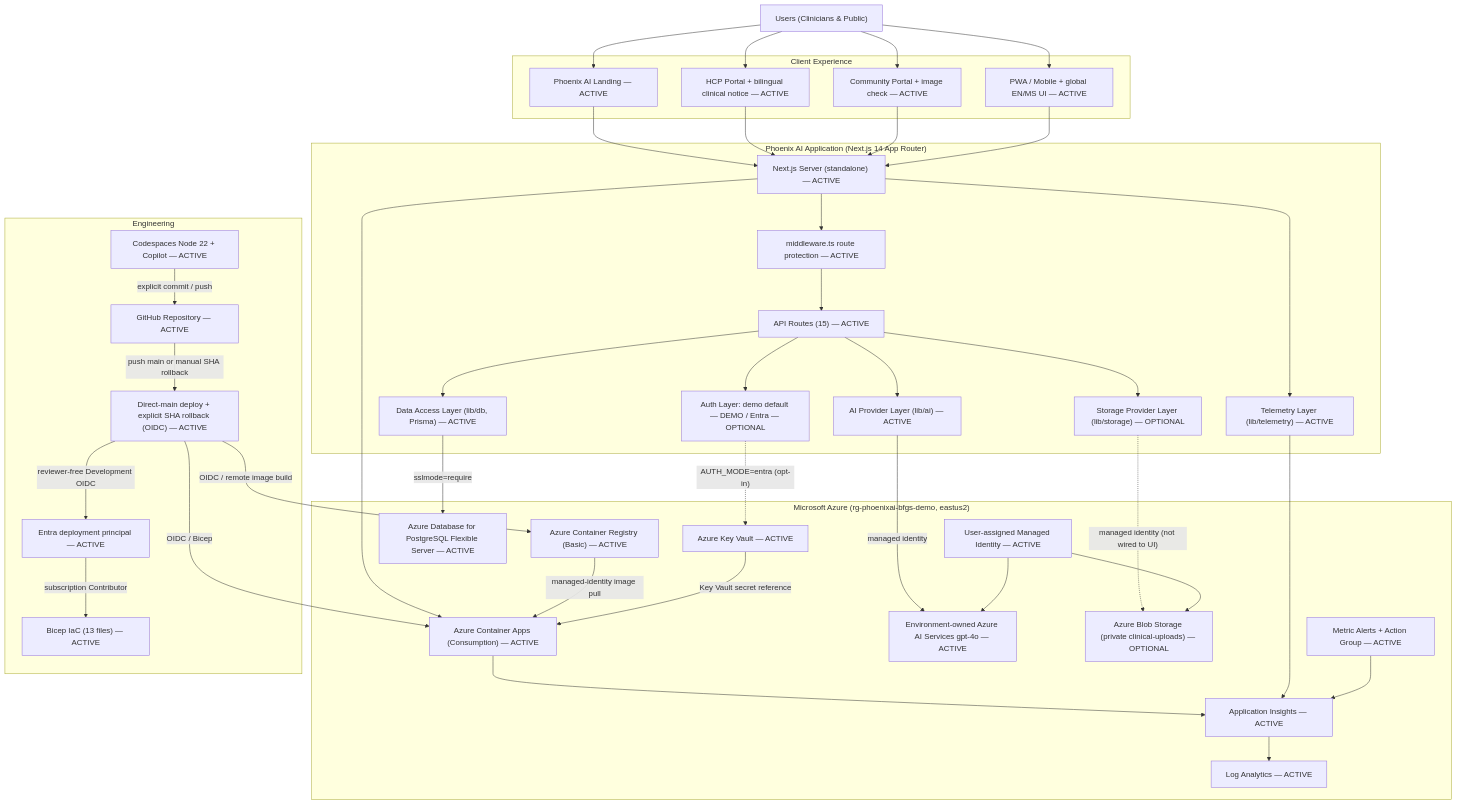
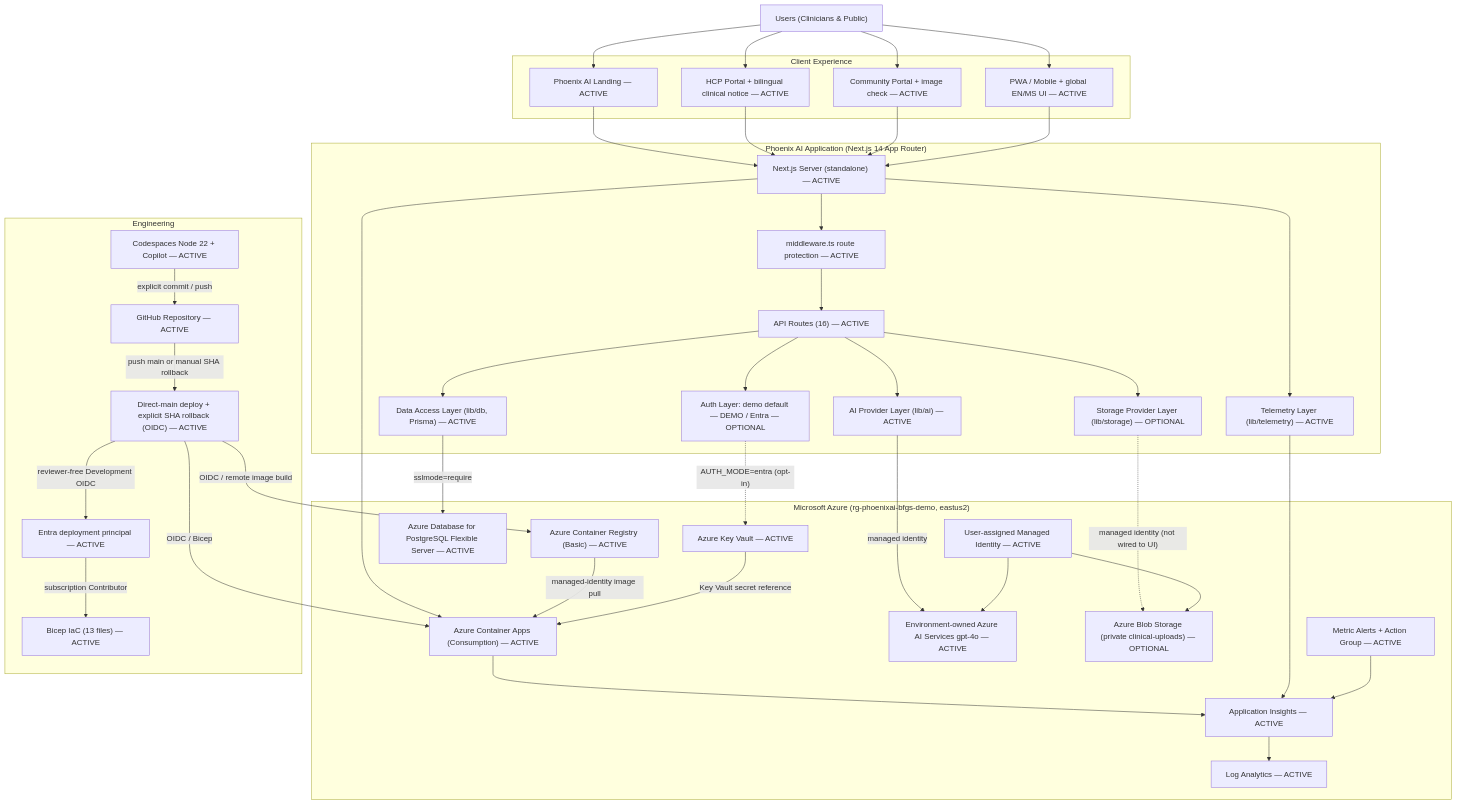
One commit to polyfuze4336-bot/phoenix-ai-azure changed the diagram in docs/architecture/current-architecture.md. Above: the diagram before and after it, drawn with Mermaid. The commit also changed other lines of this file and 19 other files, not shown here.

Commit message:
docs(migration): record image analysis architecture and RAI changes

```diff
--- a/docs/architecture/current-architecture.md
+++ b/docs/architecture/current-architecture.md
@@ -66,7 +66,7 @@
     subgraph APP["Phoenix AI Application (Next.js 14 App Router)"]
         Next["Next.js Server (standalone) — ACTIVE"]
         MW["middleware.ts route protection — ACTIVE"]
-        API["API Routes (15) — ACTIVE"]
+        API["API Routes (16) — ACTIVE"]
         Auth["Auth Layer: demo default — DEMO / Entra — OPTIONAL"]
         AIProvider["AI Provider Layer (lib/ai) — ACTIVE"]
         Data["Data Access Layer (lib/db, Prisma) — ACTIVE"]
```
